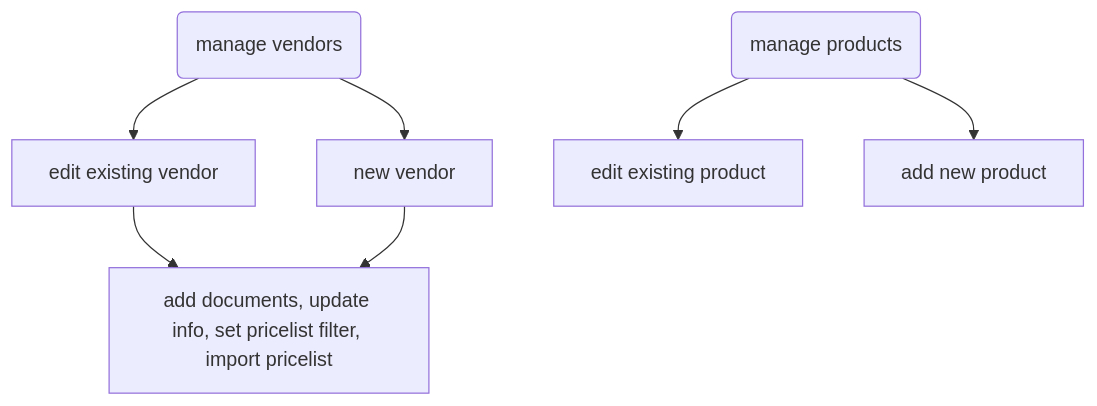
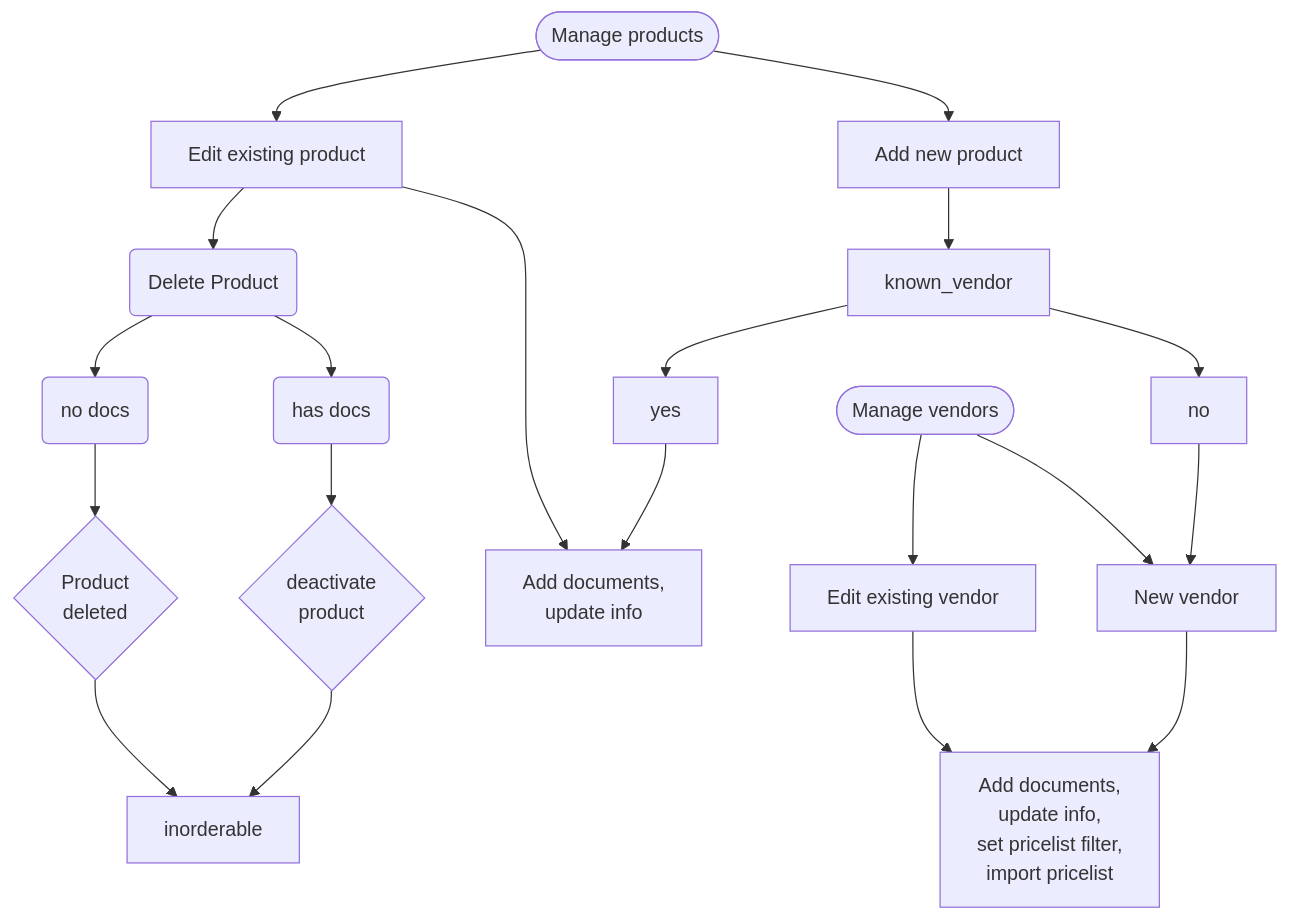
One commit to erroronline1/caro changed the diagram in flowcharts.md. Above: the diagram before and after it, drawn with Mermaid. The commit also changed other lines of this file, not shown here.

Commit message:
flowcharts are nothing to be done at 3 in the night

````diff
--- a/flowcharts.md
+++ b/flowcharts.md
@@ -3,9 +3,27 @@
 ```mermaid
 graph TD;
-    A(manage vendors)-->B[edit existing vendor];
-    A-->C[new vendor];
-    B-->D[add documents, update info, set pricelist filter, import pricelist];
-    C-->D;
-    E(manage products)-->F[edit existing product];
-    E-->G[add new product];
+    manage_vendors([Manage vendors])-->edit_vendor[Edit existing vendor];
+    manage_vendors-->new_vendor[New vendor];
+    edit_vendor-->add_vinfo["`Add documents,
+    update info,
+    set pricelist filter,
+    import pricelist`"];
+    new_vendor-->add_vinfo;
+    manage_products([Manage products])-->edit_product[Edit existing product];
+    manage_products-->add_product[Add new product];
+    edit_product-->add_pinfo["`Add documents,
+    update info`"];
+    add_product-->known_vendor;
+    known_vendor-->yes;
+    yes-->add_pinfo;
+    known_vendor-->no;
+    no-->new_vendor
+    edit_product-->delete_product(Delete Product);
+    delete_product-->has_doc(has docs) & no_docs(no docs);
+    no_docs-->product_deleted{"`Product
+    deleted`"};
+    has_doc-->product_inactive{"`deactivate
+    product`"}
+    product_deleted-->inorderable;
+    product_inactive-->inorderable
 ```
````
